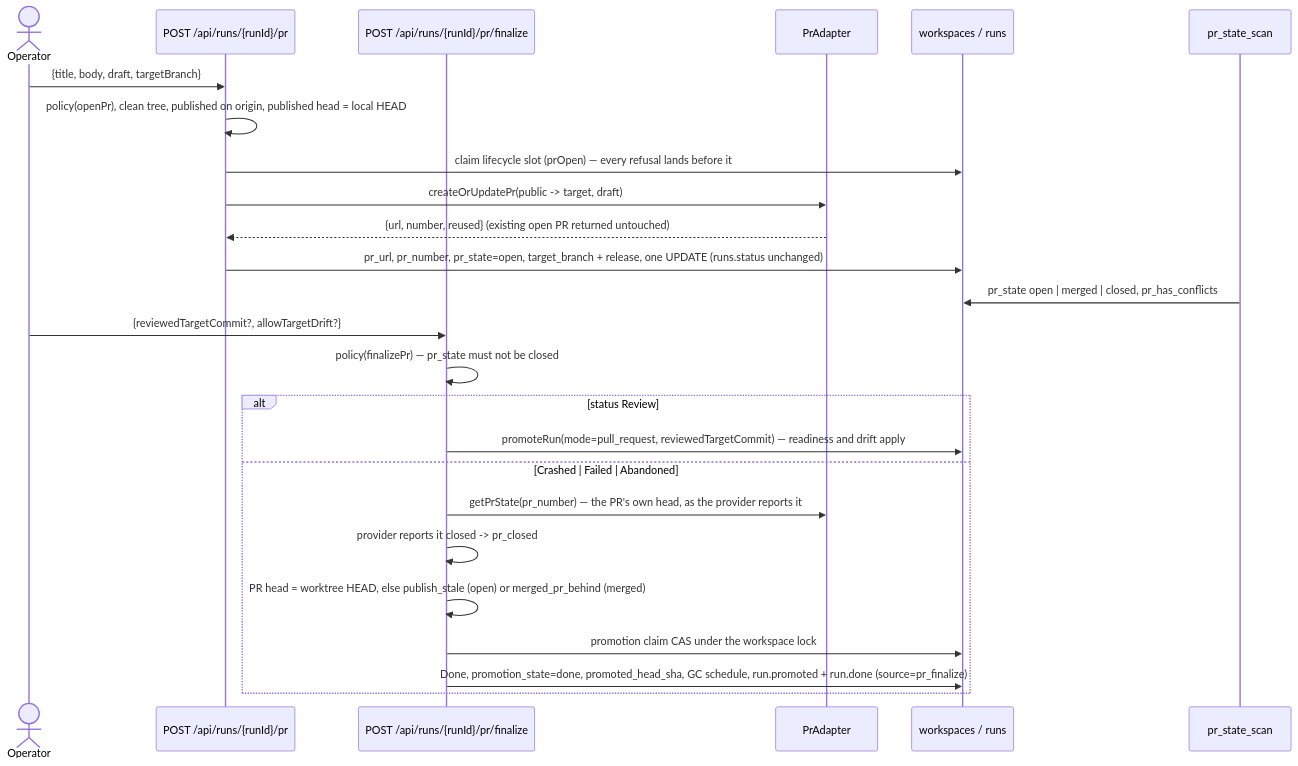
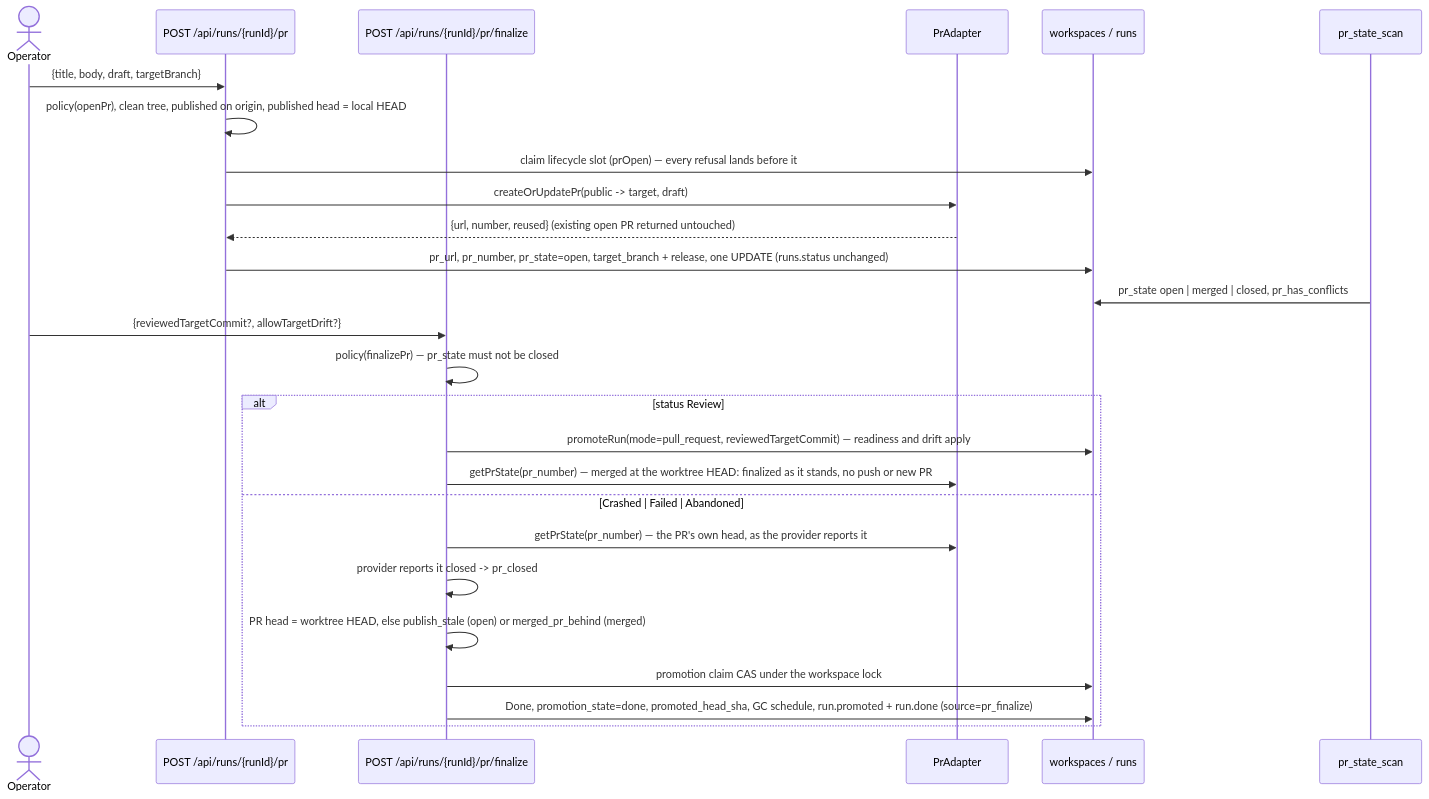
Before and after one commit to maister-dev/maister: the fifth of 6 diagrams in docs/system-analytics/workbench-git.md, drawn with Mermaid. The commit also changed other lines of this file and 15 other files, not shown here.

First line of the commit message:
fix(promotion): a PR the provider already merged is finalized as it stands

````diff
--- a/docs/system-analytics/workbench-git.md
+++ b/docs/system-analytics/workbench-git.md
@@ -208,27 +208,28 @@
 ```mermaid
 sequenceDiagram
     actor Op as Operator
     participant PR as POST /api/runs/{runId}/pr
     participant Fin as POST /api/runs/{runId}/pr/finalize
     participant PA as PrAdapter
     participant DB as workspaces / runs
     participant Scan as pr_state_scan
     Op->>PR: {title, body, draft, targetBranch}
     PR->>PR: policy(openPr), clean tree, published on origin, published head = local HEAD
     PR->>DB: claim lifecycle slot (prOpen) — every refusal lands before it
     PR->>PA: createOrUpdatePr(public -> target, draft)
     PA-->>PR: {url, number, reused} (existing open PR returned untouched)
     PR->>DB: pr_url, pr_number, pr_state=open, target_branch + release, one UPDATE (runs.status unchanged)
     Scan->>DB: pr_state open | merged | closed, pr_has_conflicts
     Op->>Fin: {reviewedTargetCommit?, allowTargetDrift?}
     Fin->>Fin: policy(finalizePr) — pr_state must not be closed
     alt status Review
         Fin->>DB: promoteRun(mode=pull_request, reviewedTargetCommit) — readiness and drift apply
+        Fin->>PA: getPrState(pr_number) — merged at the worktree HEAD: finalized as it stands, no push or new PR
     else Crashed | Failed | Abandoned
         Fin->>PA: getPrState(pr_number) — the PR's own head, as the provider reports it
         Fin->>Fin: provider reports it closed -> pr_closed
         Fin->>Fin: PR head = worktree HEAD, else publish_stale (open) or merged_pr_behind (merged)
         Fin->>DB: promotion claim CAS under the workspace lock
         Fin->>DB: Done, promotion_state=done, promoted_head_sha, GC schedule, run.promoted + run.done (source=pr_finalize)
     end
 ```
````
